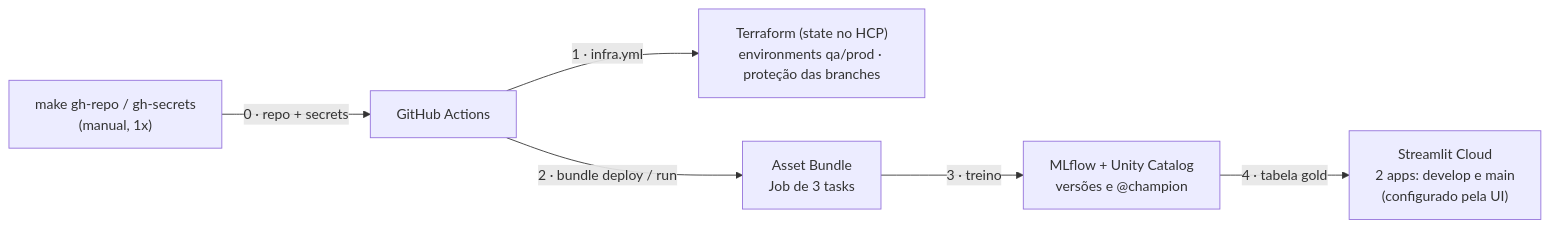
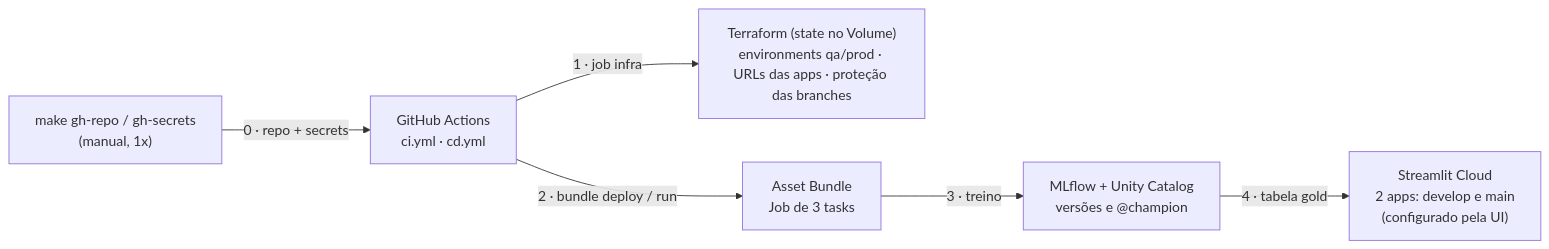
Before and after one commit to will3g/news-recsys-databricks: the fourth of 4 diagrams in docs/ARQUITETURA.md, drawn with Mermaid. The commit also changed other lines of this file and 8 other files, not shown here.

First line of the commit message:
feat(ci/cd): Terraform no cd.yml (job infra) com state no Volume; CI com plano do Terraform; job streamlit

````diff
--- a/docs/ARQUITETURA.md
+++ b/docs/ARQUITETURA.md
@@ -98,8 +98,8 @@
 ```mermaid
 flowchart LR
-    MAN["make gh-repo / gh-secrets<br/>(manual, 1x)"] -- "0 · repo + secrets" --> GA["GitHub Actions"]
-    GA -- "1 · infra.yml" --> TF["Terraform (state no HCP)<br/>environments qa/prod · proteção das branches"]
+    MAN["make gh-repo / gh-secrets<br/>(manual, 1x)"] -- "0 · repo + secrets" --> GA["GitHub Actions<br/>ci.yml · cd.yml"]
+    GA -- "1 · job infra" --> TF["Terraform (state no Volume)<br/>environments qa/prod · URLs das apps · proteção das branches"]
     GA -- "2 · bundle deploy / run" --> DAB["Asset Bundle<br/>Job de 3 tasks"]
     DAB -- "3 · treino" --> ML["MLflow + Unity Catalog<br/>versões e @champion"]
     ML -- "4 · tabela gold" --> ST["Streamlit Cloud<br/>2 apps: develop e main<br/>(configurado pela UI)"]
 ```
````
